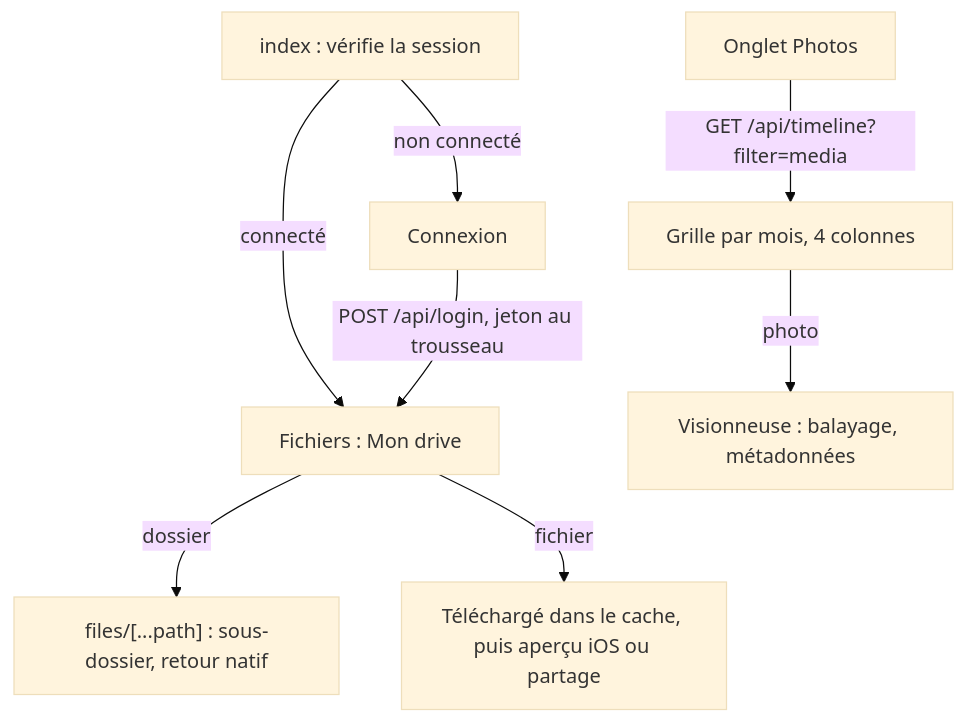
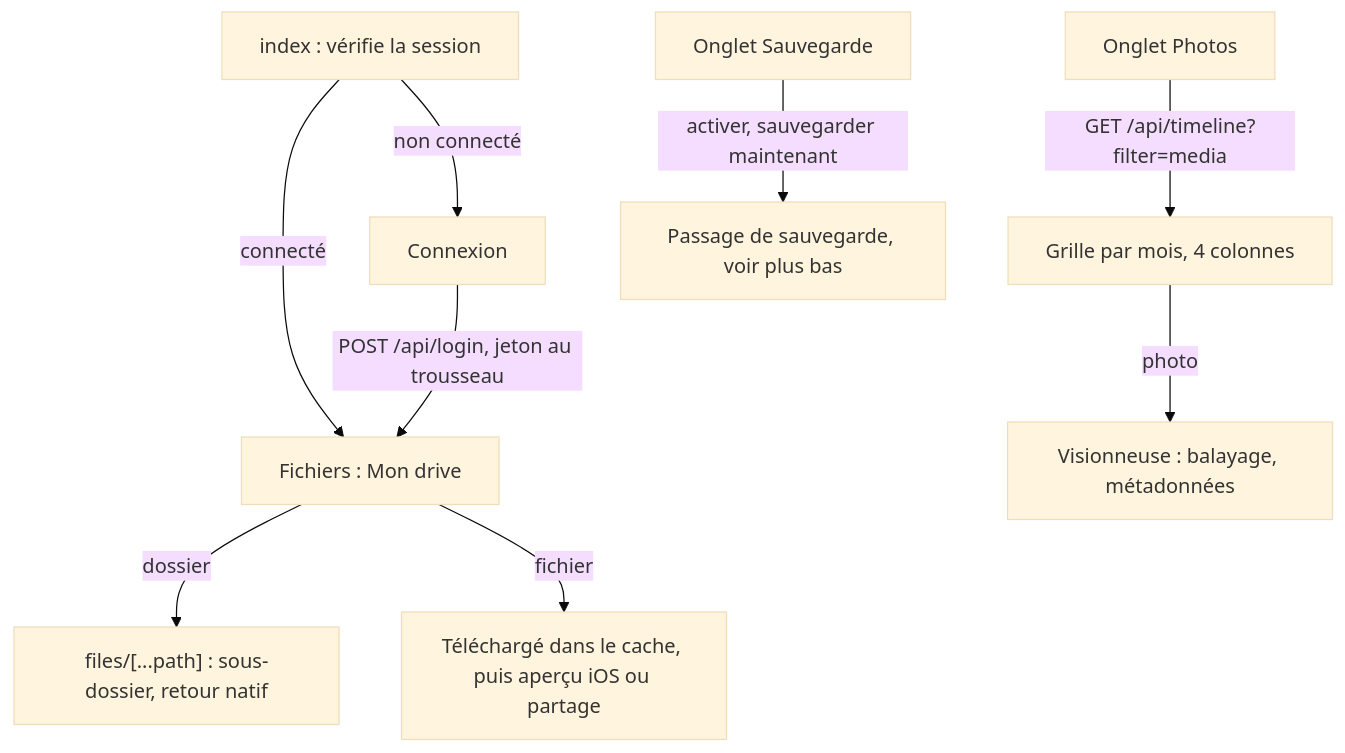
The first of 2 diagrams in docs/architecture/mobile.md (C2-POLY/cloud-os), drawn with Mermaid (base theme) before and after one commit. The commit also changed other lines of this file and 15 other files, not shown here.

````diff
--- a/docs/architecture/mobile.md
+++ b/docs/architecture/mobile.md
@@ -35,10 +35,11 @@
 ```mermaid
 flowchart TD
     S[index : vérifie la session] -->|connecté| F[Fichiers : Mon drive]
     S -->|non connecté| L[Connexion]
     L -->|POST /api/login, jeton au trousseau| F
     F -->|dossier| D["files/[...path] : sous-dossier, retour natif"]
     F -->|fichier| P[Téléchargé dans le cache, puis aperçu iOS ou partage]
     T[Onglet Photos] -->|GET /api/timeline?filter=media| G[Grille par mois, 4 colonnes]
     G -->|photo| V[Visionneuse : balayage, métadonnées]
+    B[Onglet Sauvegarde] -->|activer, sauvegarder maintenant| R[Passage de sauvegarde, voir plus bas]
 ```
````
